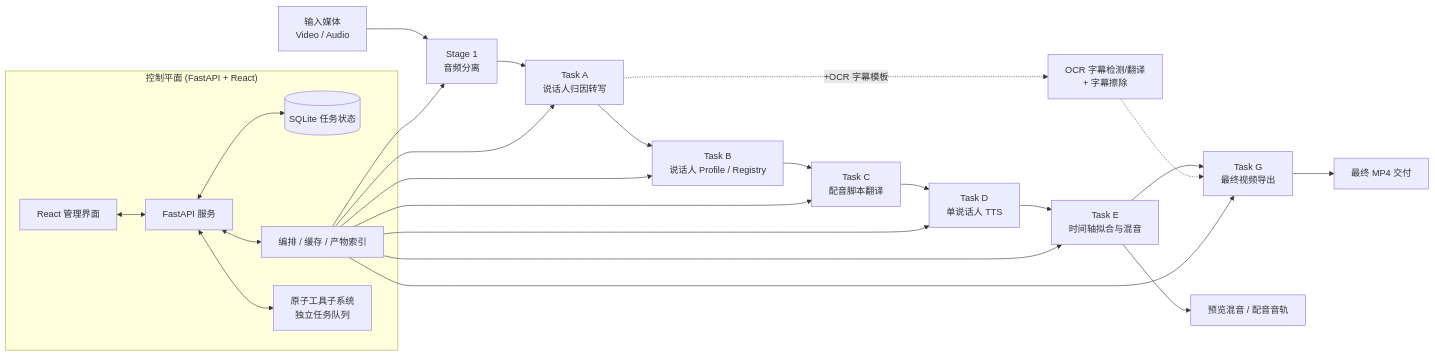
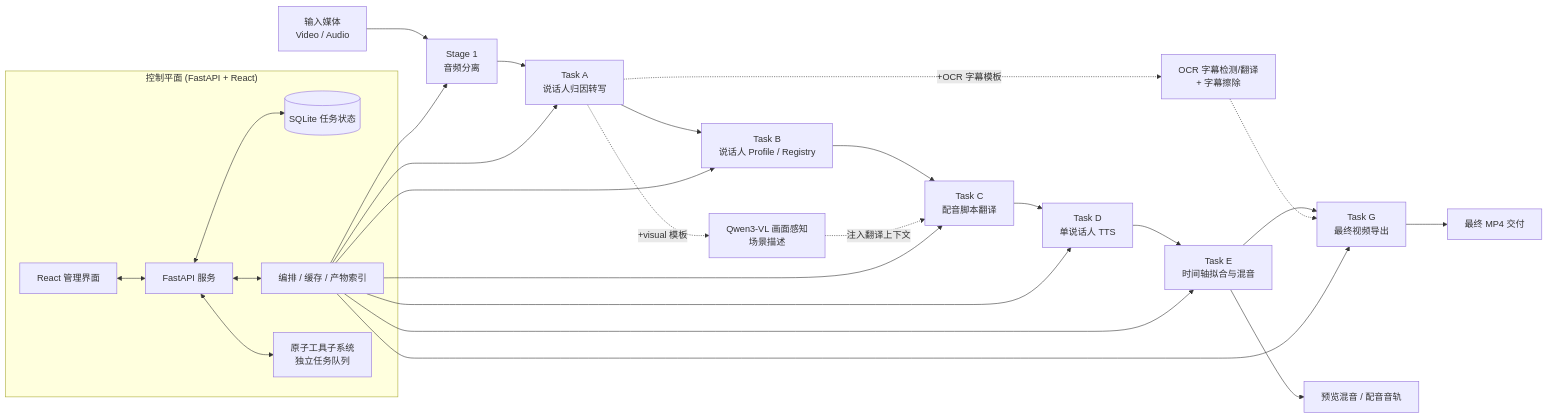
The diagram in README.md (MasamiYui/translip), drawn with Mermaid before and after one commit. The commit also changed other lines of this file and 1 other file, not shown here.

````diff
--- a/README.md
+++ b/README.md
@@ -54,30 +54,32 @@
 ```mermaid
 flowchart LR
     Input["输入媒体<br/>Video / Audio"] --> Stage1["Stage 1<br/>音频分离"]
     Stage1 --> TaskA["Task A<br/>说话人归因转写"]
     TaskA --> TaskB["Task B<br/>说话人 Profile / Registry"]
     TaskB --> TaskC["Task C<br/>配音脚本翻译"]
     TaskC --> TaskD["Task D<br/>单说话人 TTS"]
     TaskD --> TaskE["Task E<br/>时间轴拟合与混音"]
     TaskE --> TaskG["Task G<br/>最终视频导出"]
 
     TaskA -. "+OCR 字幕模板" .-> OCR["OCR 字幕检测/翻译<br/>+ 字幕擦除"]
     OCR -.-> TaskG
+    TaskA -. "+visual 模板" .-> Visual["Qwen3-VL 画面感知<br/>场景描述"]
+    Visual -. "注入翻译上下文" .-> TaskC
 
     subgraph ControlPlane["控制平面 (FastAPI + React)"]
         UI["React 管理界面"]
         API["FastAPI 服务"]
         DB[("SQLite 任务状态")]
         Orchestrator["编排 / 缓存 / 产物索引"]
         Atomic["原子工具子系统<br/>独立任务队列"]
     end
 
     UI <--> API
     API <--> DB
     API <--> Orchestrator
     API <--> Atomic
     Orchestrator --> Stage1 & TaskA & TaskB & TaskC & TaskD & TaskE & TaskG
 
     TaskE --> Preview["预览混音 / 配音音轨"]
     TaskG --> Delivery["最终 MP4 交付"]
 ```
````
